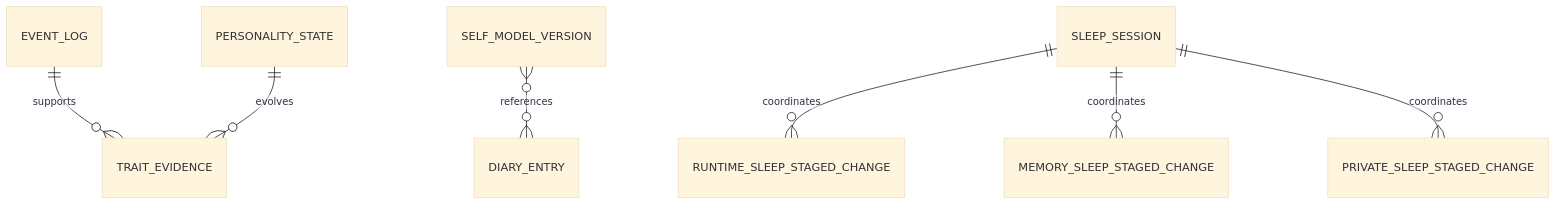
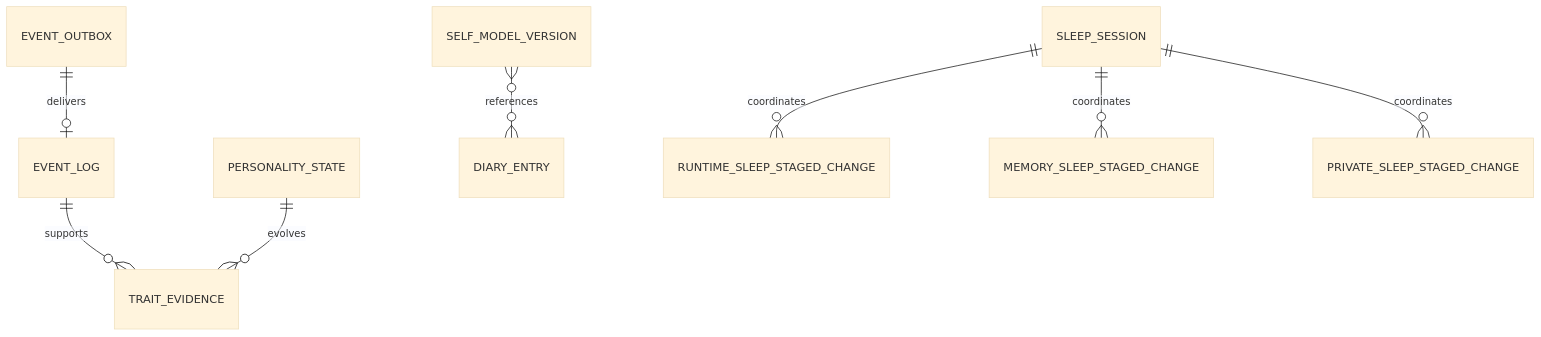
One commit to Inoriac/DesktopPet changed the third of 3 diagrams in .evo/tasks/desktop-pet-self-evolution/桌宠自主迭代-桌面端系分.md. Above: the diagram before and after it, drawn with Mermaid (base theme). The commit also changed other lines of this file and 48 other files, not shown here.

````diff
--- a/.evo/tasks/desktop-pet-self-evolution/桌宠自主迭代-桌面端系分.md
+++ b/.evo/tasks/desktop-pet-self-evolution/桌宠自主迭代-桌面端系分.md
@@ -753,9 +1162,10 @@
 ```mermaid
 erDiagram
     EVENT_LOG ||--o{ TRAIT_EVIDENCE : supports
+    EVENT_OUTBOX ||--o| EVENT_LOG : delivers
     PERSONALITY_STATE ||--o{ TRAIT_EVIDENCE : evolves
     SELF_MODEL_VERSION }o--o{ DIARY_ENTRY : references
     SLEEP_SESSION ||--o{ RUNTIME_SLEEP_STAGED_CHANGE : coordinates
     SLEEP_SESSION ||--o{ MEMORY_SLEEP_STAGED_CHANGE : coordinates
     SLEEP_SESSION ||--o{ PRIVATE_SLEEP_STAGED_CHANGE : coordinates
 ```
````
